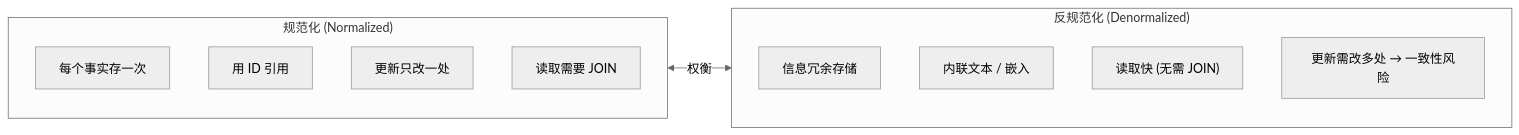
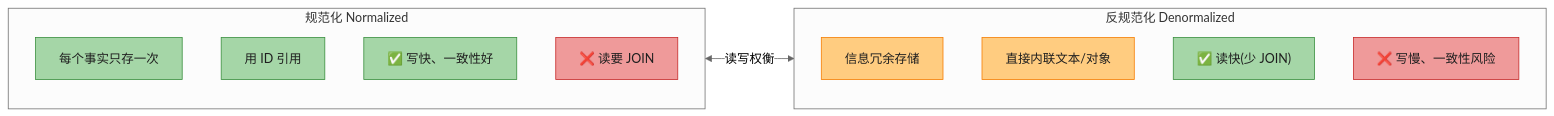
Before and after one commit to socoo123/ddia_2nd: the fifth of 16 diagrams in ch03-数据模型与查询语言.md, drawn with Mermaid (neutral theme). The commit also changed other lines of this file and 8 other files, not shown here.

First line of the commit message:
重写 ch01-ch09 读书笔记：风格统一 + 内容扩充 + 大量图表

````diff
--- a/ch03-数据模型与查询语言.md
+++ b/ch03-数据模型与查询语言.md
@@ -152,18 +184,27 @@
 ```mermaid
-graph LR
-    subgraph Normalized["规范化 (Normalized)"]
-        N1["每个事实存一次"]
+flowchart LR
+    subgraph NORM["规范化 Normalized"]
+        N1["每个事实只存一次"]
         N2["用 ID 引用"]
-        N3["更新只改一处"]
-        N4["读取需要 JOIN"]
+        N3["✅ 写快、一致性好"]
+        N4["❌ 读要 JOIN"]
     end
 
-    subgraph Denormalized["反规范化 (Denormalized)"]
+    subgraph DENORM["反规范化 Denormalized"]
         D1["信息冗余存储"]
-        D2["内联文本 / 嵌入"]
-        D3["读取快 (无需 JOIN)"]
-        D4["更新需改多处 → 一致性风险"]
+        D2["直接内联文本/对象"]
+        D3["✅ 读快(少 JOIN)"]
+        D4["❌ 写慢、一致性风险"]
     end
 
-    Normalized <-->|"权衡"| Denormalized
+    NORM <-->|"读写权衡"| DENORM
+
+    style N1 fill:#A5D6A7,stroke:#388E3C,color:#1f1f1f
+    style N2 fill:#A5D6A7,stroke:#388E3C,color:#1f1f1f
+    style N3 fill:#A5D6A7,stroke:#388E3C,color:#1f1f1f
+    style N4 fill:#EF9A9A,stroke:#C62828,color:#1f1f1f
+    style D1 fill:#FFCC80,stroke:#F57C00,color:#1f1f1f
+    style D2 fill:#FFCC80,stroke:#F57C00,color:#1f1f1f
+    style D3 fill:#A5D6A7,stroke:#388E3C,color:#1f1f1f
+    style D4 fill:#EF9A9A,stroke:#C62828,color:#1f1f1f
 ```
````
